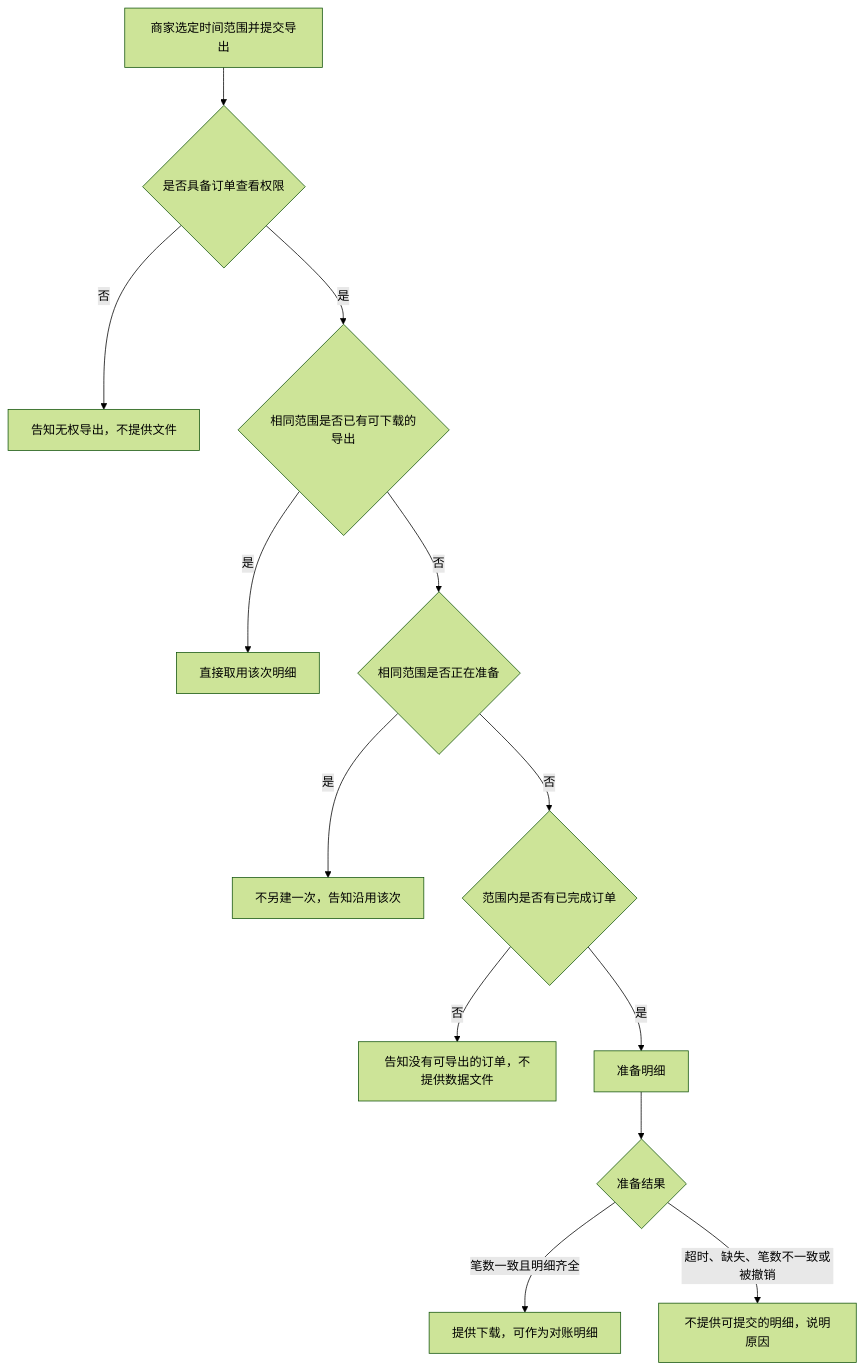
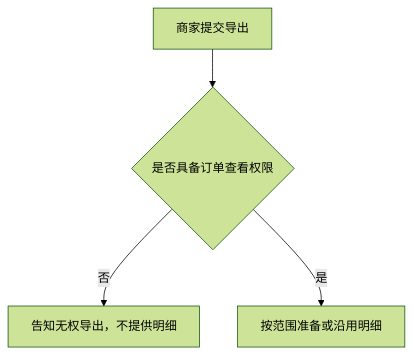
One commit to Izelzzz/izel-skill changed the diagram in skills/product-spec/references/sections.md. Above: the diagram before and after it, drawn with Mermaid (forest theme). The commit also changed other lines of this file and 7 other files, not shown here.

````diff
--- a/skills/product-spec/references/sections.md
+++ b/skills/product-spec/references/sections.md
@@ -136,15 +97,6 @@
 ```mermaid
 flowchart TD
-  A[商家选定时间范围并提交导出] --> B{是否具备订单查看权限}
-  B -->|否| C[告知无权导出，不提供文件]
-  B -->|是| D{相同范围是否已有可下载的导出}
-  D -->|是| E[直接取用该次明细]
-  D -->|否| F{相同范围是否正在准备}
-  F -->|是| G[不另建一次，告知沿用该次]
-  F -->|否| H{范围内是否有已完成订单}
-  H -->|否| I[告知没有可导出的订单，不提供数据文件]
-  H -->|是| J[准备明细]
-  J --> K{准备结果}
-  K -->|笔数一致且明细齐全| L[提供下载，可作为对账明细]
-  K -->|超时、缺失、笔数不一致或被撤销| M[不提供可提交的明细，说明原因]
+  A[商家提交导出] --> B{是否具备订单查看权限}
+  B -->|否| C[告知无权导出，不提供明细]
+  B -->|是| D[按范围准备或沿用明细]
 ```
````
